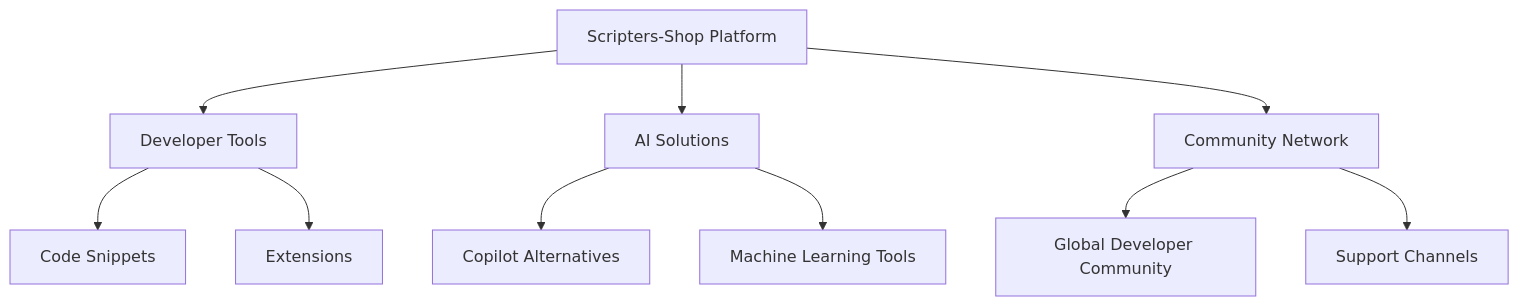
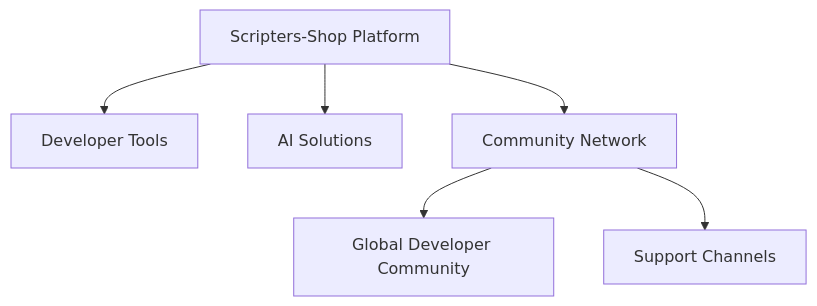
The diagram in profile/README.md (Scripters-Shop/.github), drawn with Mermaid before and after one commit. The commit also changed other lines of this file, not shown here.

````diff
--- a/profile/README.md
+++ b/profile/README.md
@@ -23,12 +21,8 @@
 ```mermaid
 graph TD
     A[Scripters-Shop Platform] --> B[Developer Tools]
     A --> C[AI Solutions]
     A --> D[Community Network]
-    B --> B1[Code Snippets]
-    B --> B2[Extensions]
-    C --> C1[Copilot Alternatives]
-    C --> C2[Machine Learning Tools]
     D --> D1[Global Developer Community]
     D --> D2[Support Channels]
 ```
````
